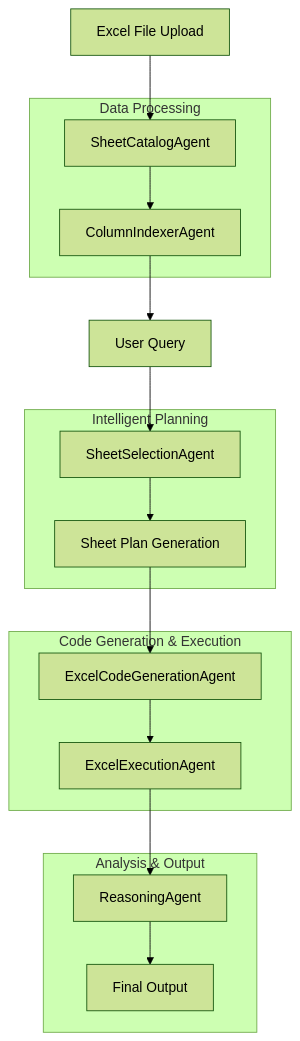
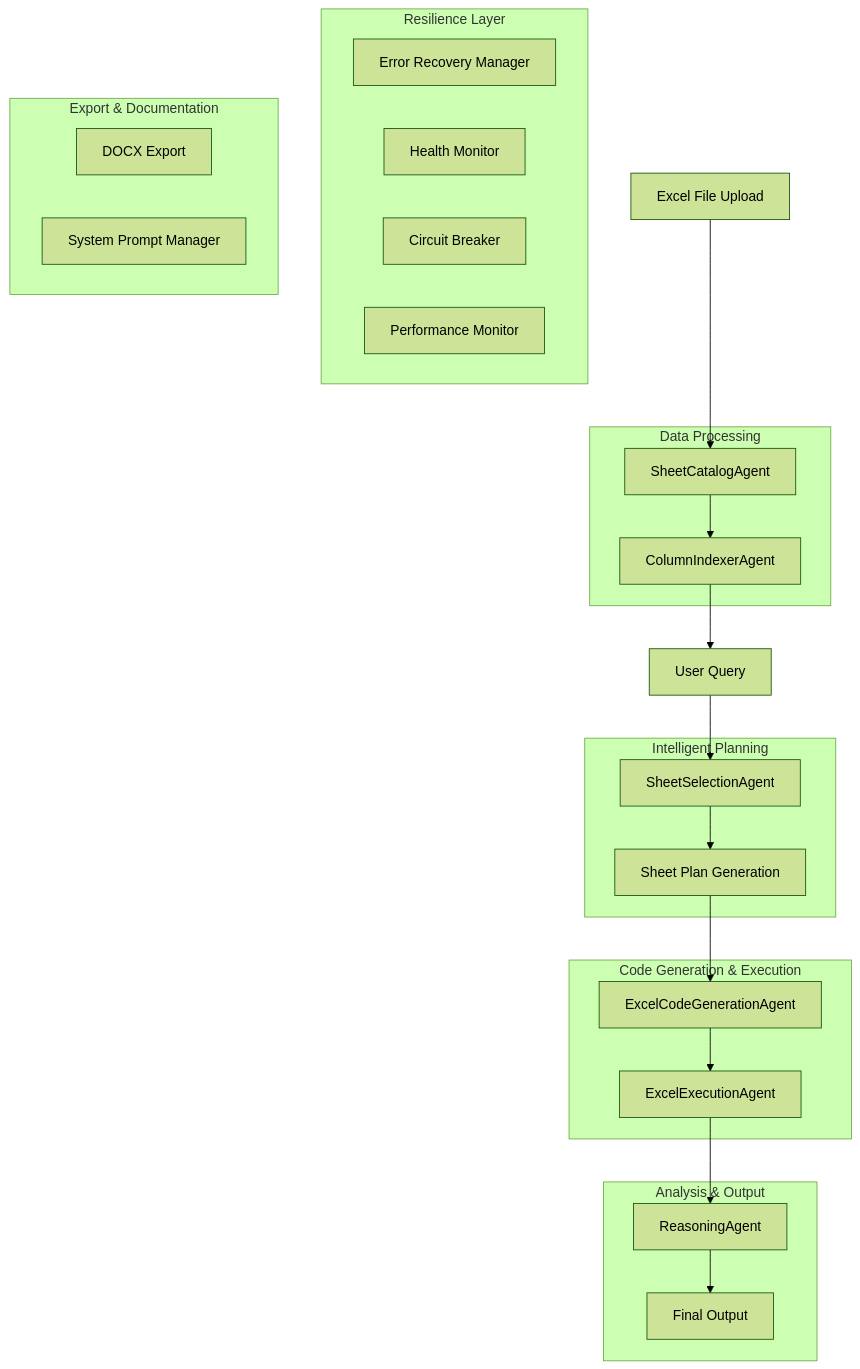
Before and after one commit to Sher110106/HR-Agent: the diagram in Excel.md, drawn with Mermaid (forest theme). The commit also changed other lines of this file and 19 other files, not shown here.

````diff
--- a/Excel.md
+++ b/Excel.md
@@ -9,32 +21,44 @@
 ```mermaid
 graph TB
     A[Excel File Upload] --> B[SheetCatalogAgent]
     B --> C[ColumnIndexerAgent]
     C --> D[User Query]
     D --> E[SheetSelectionAgent]
     E --> F[Sheet Plan Generation]
     F --> G[ExcelCodeGenerationAgent]
     G --> H[ExcelExecutionAgent]
     H --> I[ReasoningAgent]
     I --> J[Final Output]
     
     subgraph "Data Processing"
         B
         C
     end
     
     subgraph "Intelligent Planning"
         E
         F
     end
     
     subgraph "Code Generation & Execution"
         G
         H
     end
     
     subgraph "Analysis & Output"
         I
         J
     end
+    
+    subgraph "Resilience Layer"
+        K[Error Recovery Manager]
+        L[Health Monitor]
+        M[Circuit Breaker]
+        N[Performance Monitor]
+    end
+    
+    subgraph "Export & Documentation"
+        O[DOCX Export]
+        P[System Prompt Manager]
+    end
 ```
````
